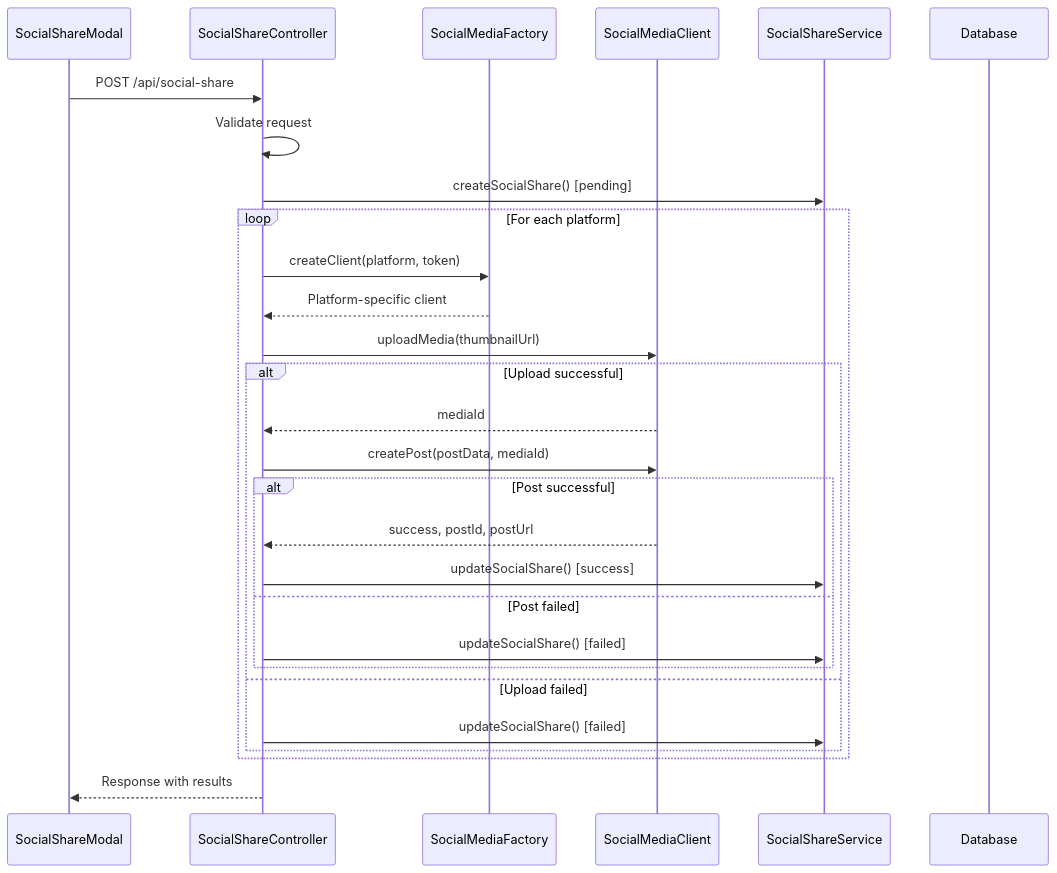
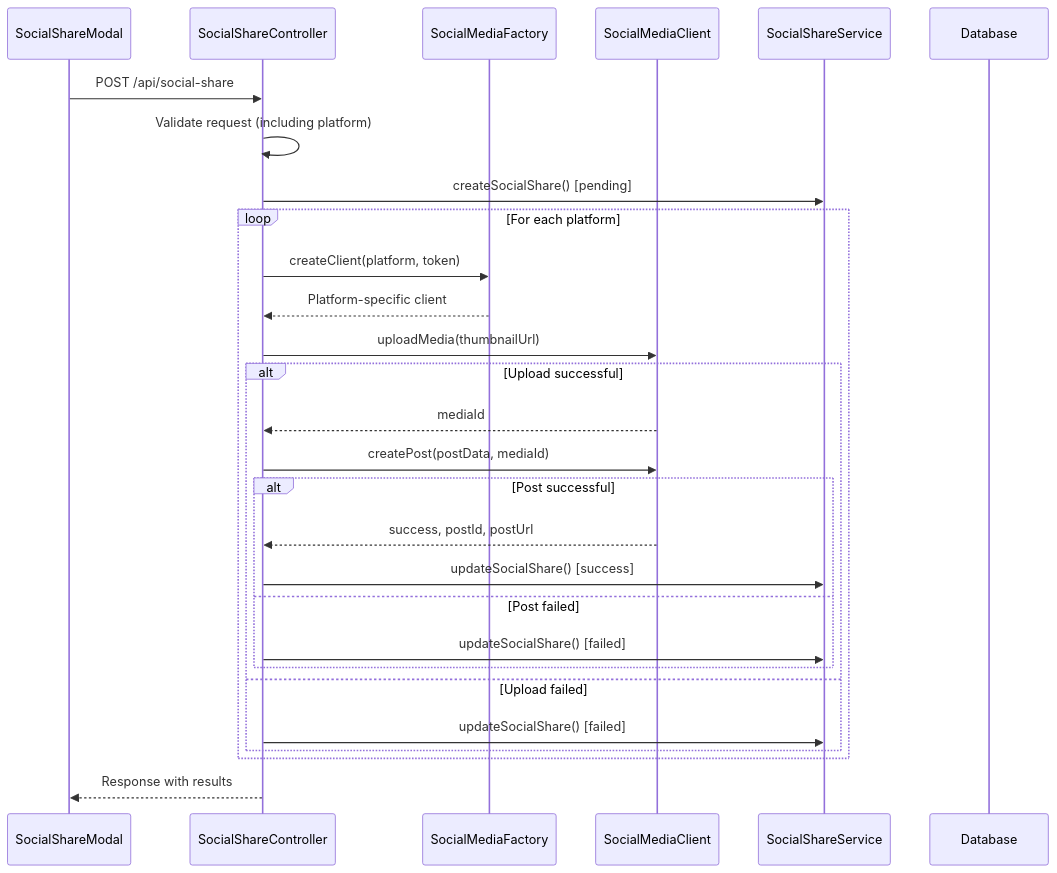
One commit to Brimstow/ThumPiks changed the third of 6 diagrams in .qoder/repowiki/en/content/Social Media Integration/Social Media Integration.md. Above: the diagram before and after it, drawn with Mermaid. The commit also changed other lines of this file and 900 other files, not shown here.

````diff
--- a/.qoder/repowiki/en/content/Social Media Integration/Social Media Integration.md
+++ b/.qoder/repowiki/en/content/Social Media Integration/Social Media Integration.md
@@ -82,30 +129,30 @@
 ```mermaid
 sequenceDiagram
 participant UI as SocialShareModal
 participant Controller as SocialShareController
 participant Factory as SocialMediaFactory
 participant Client as SocialMediaClient
 participant Service as SocialShareService
 participant DB as Database
 UI->>Controller : POST /api/social-share
-Controller->>Controller : Validate request
+Controller->>Controller : Validate request (including platform)
 Controller->>Service : createSocialShare() [pending]
 loop For each platform
 Controller->>Factory : createClient(platform, token)
 Factory-->>Controller : Platform-specific client
 Controller->>Client : uploadMedia(thumbnailUrl)
 alt Upload successful
 Client-->>Controller : mediaId
 Controller->>Client : createPost(postData, mediaId)
 alt Post successful
 Client-->>Controller : success, postId, postUrl
 Controller->>Service : updateSocialShare() [success]
 else Post failed
 Controller->>Service : updateSocialShare() [failed]
 end
 else Upload failed
 Controller->>Service : updateSocialShare() [failed]
 end
 end
 Controller-->>UI : Response with results
 ```
````
